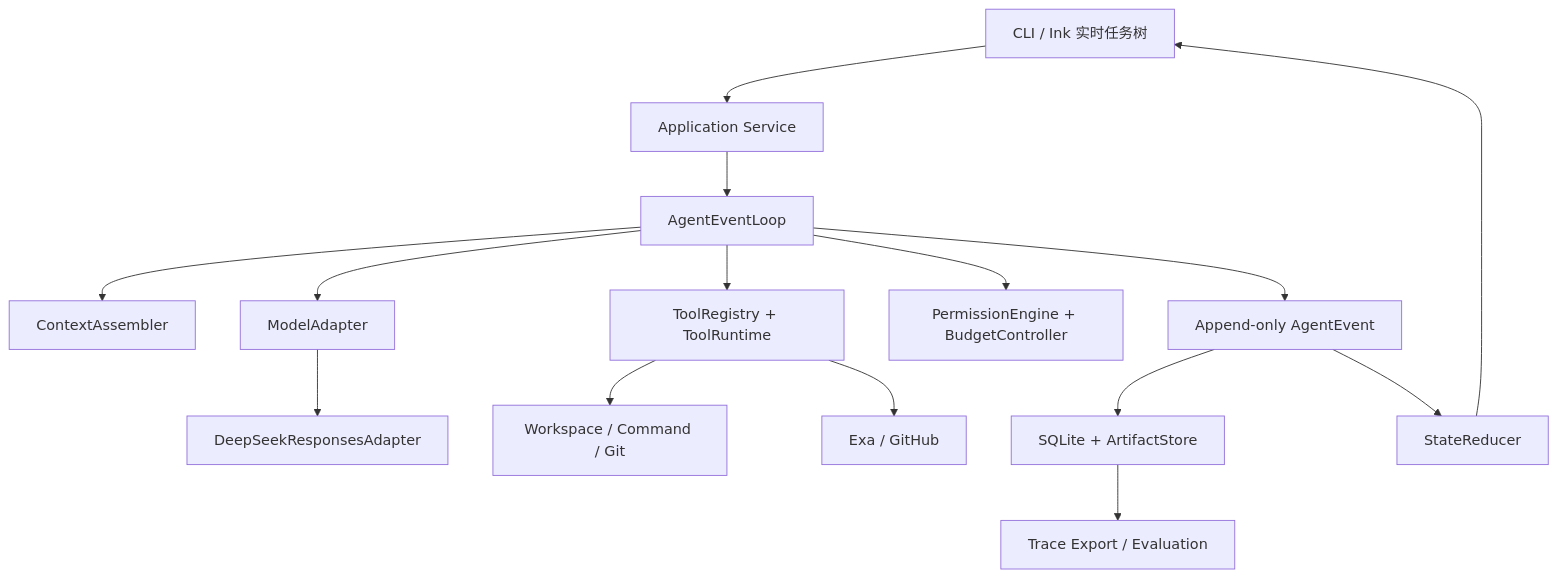
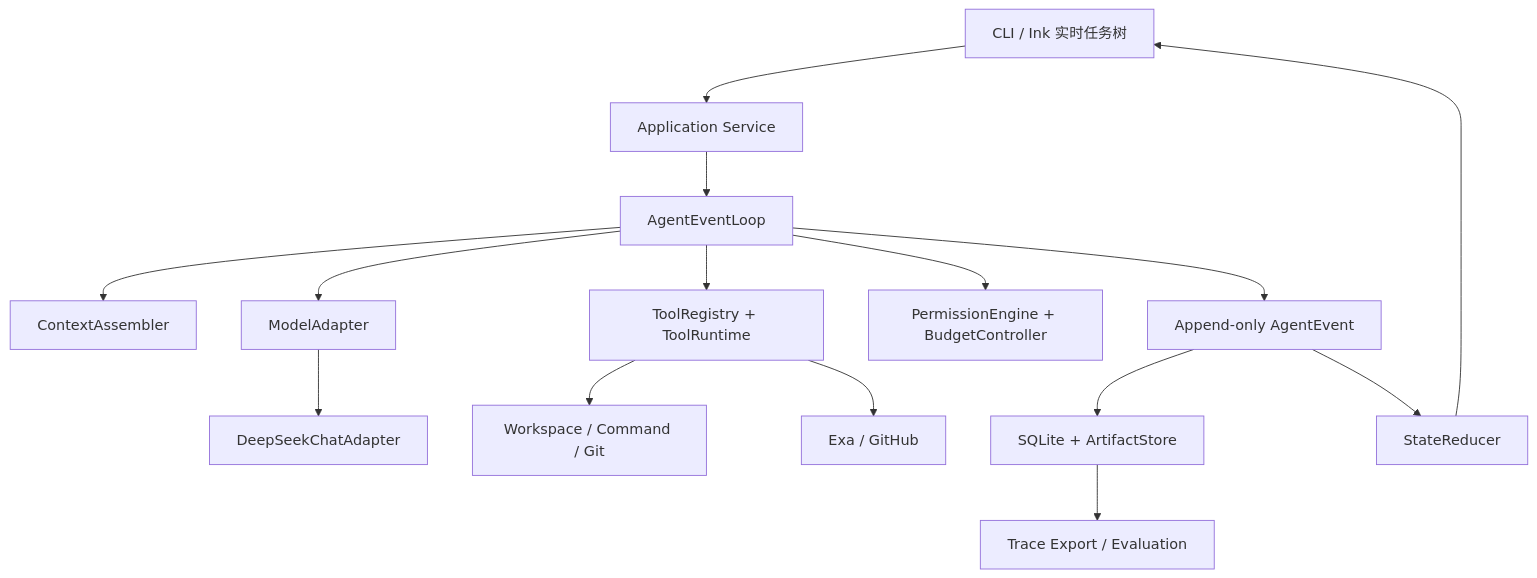
The diagram in docs/architecture.md (TimmmmmY827/CodeFlow-Agent), drawn with Mermaid before and after one commit. The commit also changed other lines of this file and 9 other files, not shown here.

Commit message:
feat(model): add DeepSeek tool calling

````diff
--- a/docs/architecture.md
+++ b/docs/architecture.md
@@ -7,17 +7,17 @@
 ```mermaid
 flowchart TB
     CLI["CLI / Ink 实时任务树"] --> APP["Application Service"]
     APP --> LOOP["AgentEventLoop"]
     LOOP --> CTX["ContextAssembler"]
     LOOP --> MODEL["ModelAdapter"]
     LOOP --> TOOLS["ToolRegistry + ToolRuntime"]
     LOOP --> POLICY["PermissionEngine + BudgetController"]
-    MODEL --> DS["DeepSeekResponsesAdapter"]
+    MODEL --> DS["DeepSeekChatAdapter"]
     TOOLS --> LOCAL["Workspace / Command / Git"]
     TOOLS --> EXTERNAL["Exa / GitHub"]
     LOOP --> EVENTS["Append-only AgentEvent"]
     EVENTS --> STORE["SQLite + ArtifactStore"]
     EVENTS --> REDUCER["StateReducer"]
     REDUCER --> CLI
     STORE --> TRACE["Trace Export / Evaluation"]
 ```
````
